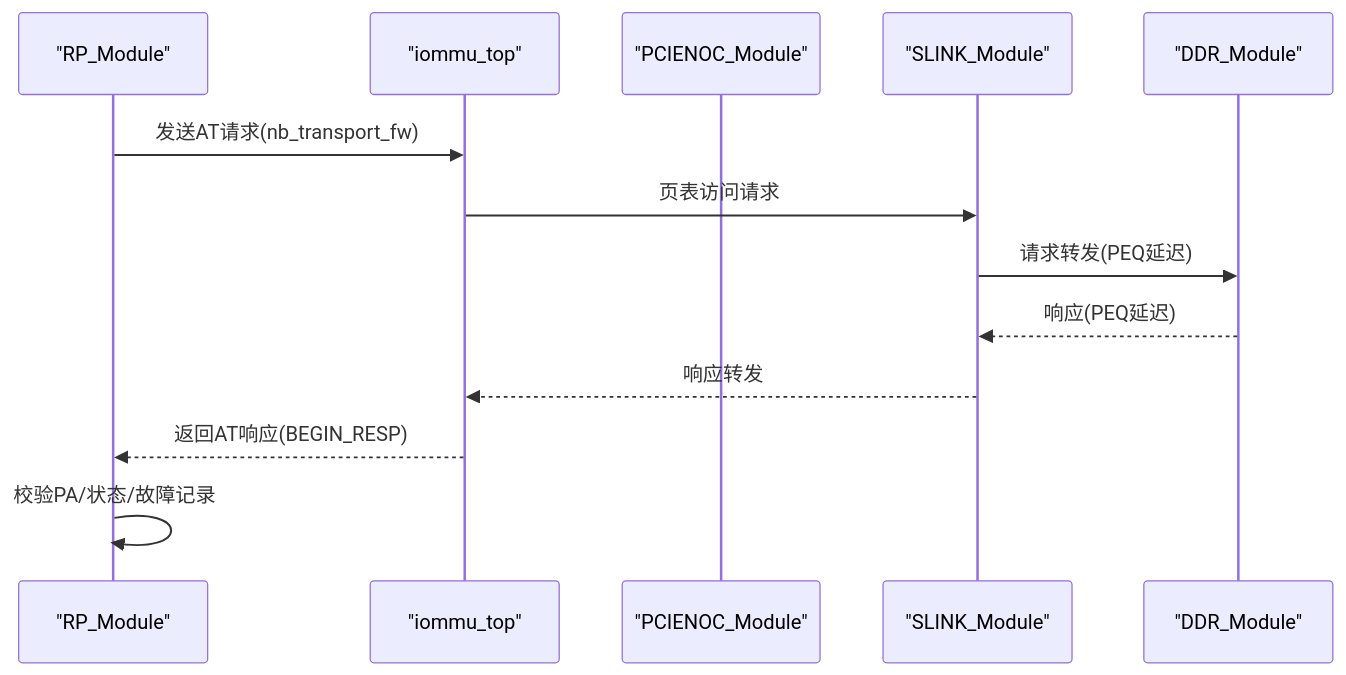
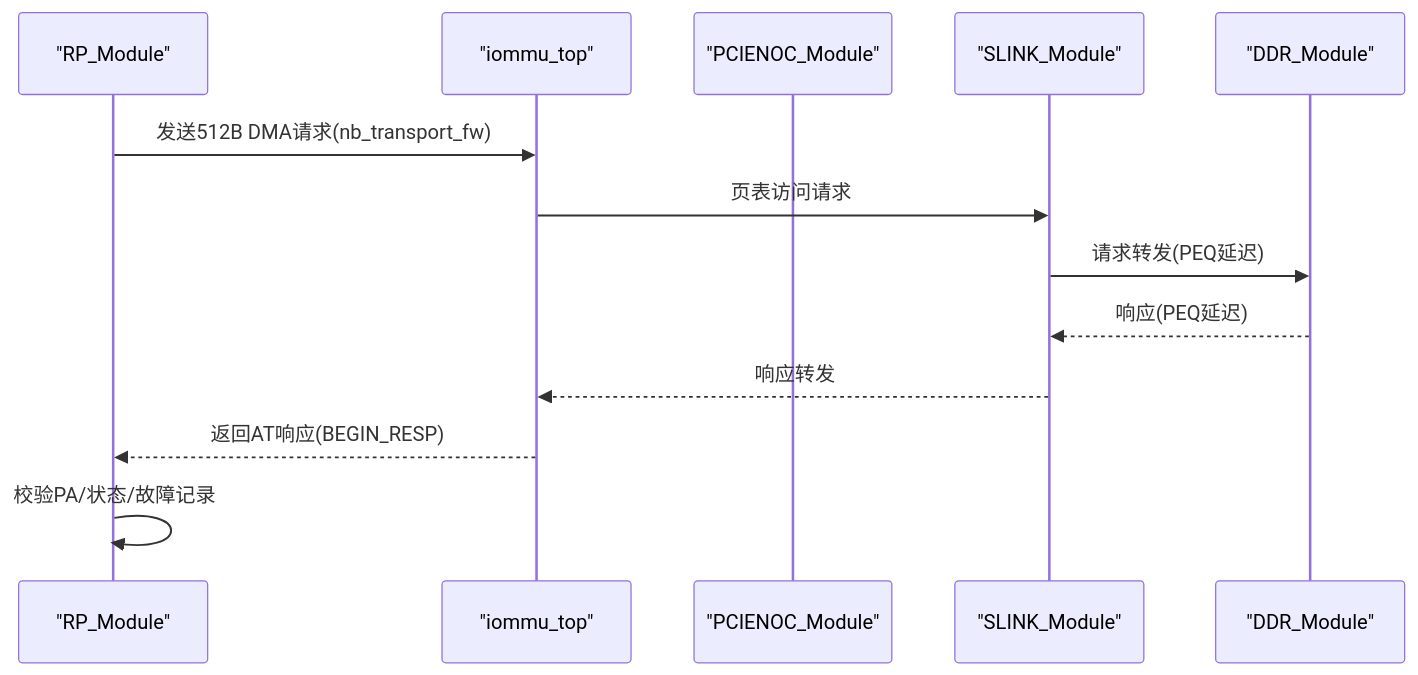
The third of 7 diagrams in .qoder/repowiki/zh/content/测试框架/测试框架.md (jiangjiang1122/iommu_model_20260401_v1), drawn with Mermaid before and after one commit. The commit also changed other lines of this file and 48 other files, not shown here.

````diff
--- a/.qoder/repowiki/zh/content/测试框架/测试框架.md
+++ b/.qoder/repowiki/zh/content/测试框架/测试框架.md
@@ -152,15 +157,15 @@
 ```mermaid
 sequenceDiagram
 participant RP as "RP_Module"
 participant IOMMU as "iommu_top"
 participant PCIE as "PCIENOC_Module"
 participant SLINK as "SLINK_Module"
 participant DDR as "DDR_Module"
-RP->>IOMMU : 发送AT请求(nb_transport_fw)
+RP->>IOMMU : 发送512B DMA请求(nb_transport_fw)
 IOMMU->>SLINK : 页表访问请求
 SLINK->>DDR : 请求转发(PEQ延迟)
 DDR-->>SLINK : 响应(PEQ延迟)
 SLINK-->>IOMMU : 响应转发
 IOMMU-->>RP : 返回AT响应(BEGIN_RESP)
 RP->>RP : 校验PA/状态/故障记录
 ```
````
